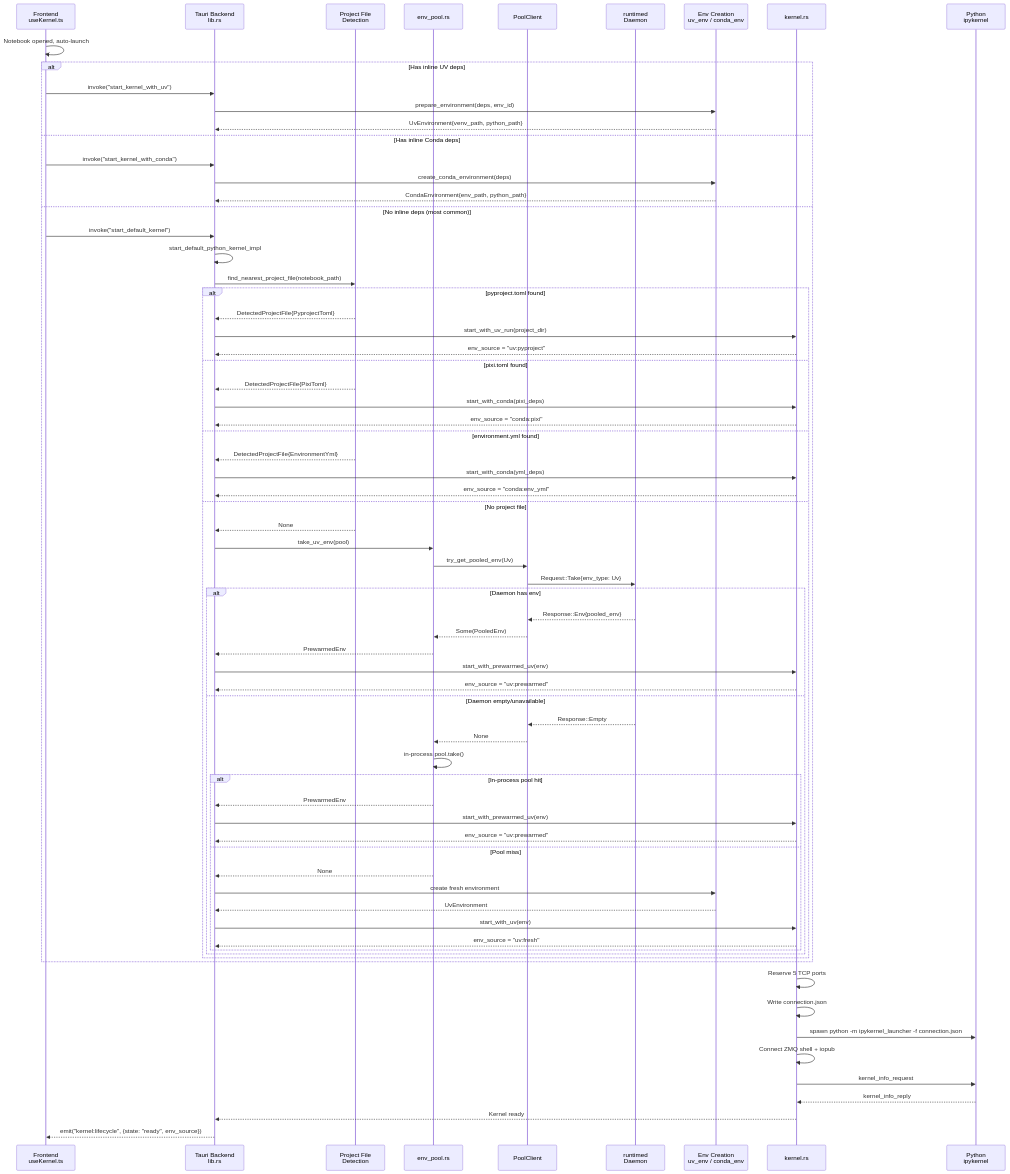
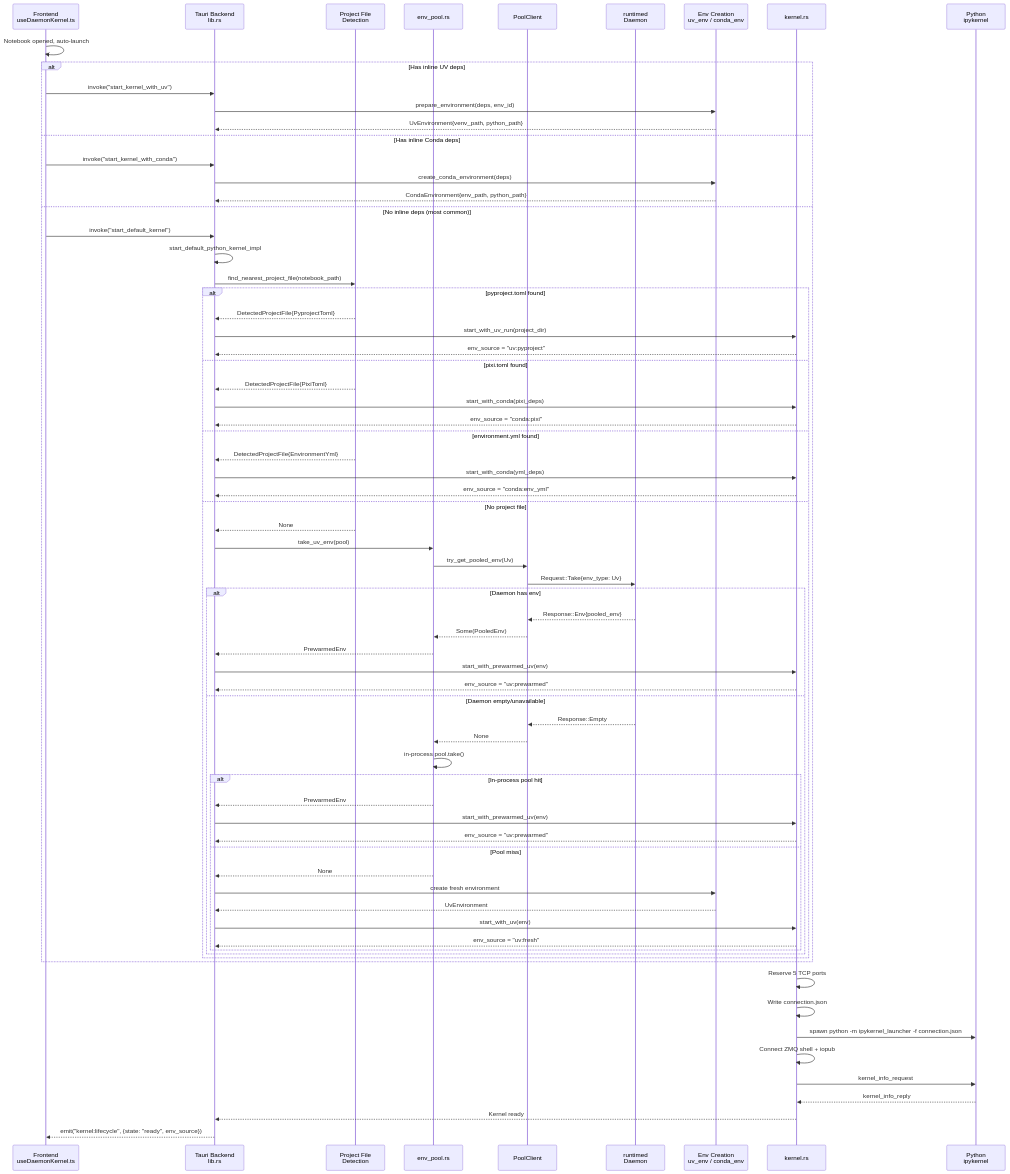
The second of 3 diagrams in contributing/environments.md (nteract/desktop), drawn with Mermaid before and after one commit. The commit also changed other lines of this file and 2 other files, not shown here.

````diff
--- a/contributing/environments.md
+++ b/contributing/environments.md
@@ -229,79 +229,79 @@
 ```mermaid
 sequenceDiagram
-    participant FE as Frontend<br/>useKernel.ts
+    participant FE as Frontend<br/>useDaemonKernel.ts
     participant TC as Tauri Backend<br/>lib.rs
     participant PF as Project File<br/>Detection
     participant EP as env_pool.rs
     participant DC as PoolClient
     participant DM as runtimed<br/>Daemon
     participant ENV as Env Creation<br/>uv_env / conda_env
     participant K as kernel.rs
     participant PY as Python<br/>ipykernel
 
     FE->>FE: Notebook opened, auto-launch
 
     alt Has inline UV deps
         FE->>TC: invoke("start_kernel_with_uv")
         TC->>ENV: prepare_environment(deps, env_id)
         ENV-->>TC: UvEnvironment{venv_path, python_path}
     else Has inline Conda deps
         FE->>TC: invoke("start_kernel_with_conda")
         TC->>ENV: create_conda_environment(deps)
         ENV-->>TC: CondaEnvironment{env_path, python_path}
     else No inline deps (most common)
         FE->>TC: invoke("start_default_kernel")
         TC->>TC: start_default_python_kernel_impl
 
         TC->>PF: find_nearest_project_file(notebook_path)
         alt pyproject.toml found
             PF-->>TC: DetectedProjectFile{PyprojectToml}
             TC->>K: start_with_uv_run(project_dir)
             K-->>TC: env_source = "uv:pyproject"
         else pixi.toml found
             PF-->>TC: DetectedProjectFile{PixiToml}
             TC->>K: start_with_conda(pixi_deps)
             K-->>TC: env_source = "conda:pixi"
         else environment.yml found
             PF-->>TC: DetectedProjectFile{EnvironmentYml}
             TC->>K: start_with_conda(yml_deps)
             K-->>TC: env_source = "conda:env_yml"
         else No project file
             PF-->>TC: None
             TC->>EP: take_uv_env(pool)
             EP->>DC: try_get_pooled_env(Uv)
             DC->>DM: Request::Take{env_type: Uv}
             alt Daemon has env
                 DM-->>DC: Response::Env{pooled_env}
                 DC-->>EP: Some(PooledEnv)
                 EP-->>TC: PrewarmedEnv
                 TC->>K: start_with_prewarmed_uv(env)
                 K-->>TC: env_source = "uv:prewarmed"
             else Daemon empty/unavailable
                 DM-->>DC: Response::Empty
                 DC-->>EP: None
                 EP->>EP: in-process pool.take()
                 alt In-process pool hit
                     EP-->>TC: PrewarmedEnv
                     TC->>K: start_with_prewarmed_uv(env)
                     K-->>TC: env_source = "uv:prewarmed"
                 else Pool miss
                     EP-->>TC: None
                     TC->>ENV: create fresh environment
                     ENV-->>TC: UvEnvironment
                     TC->>K: start_with_uv(env)
                     K-->>TC: env_source = "uv:fresh"
                 end
             end
         end
     end
 
     K->>K: Reserve 5 TCP ports
     K->>K: Write connection.json
     K->>PY: spawn python -m ipykernel_launcher -f connection.json
     K->>K: Connect ZMQ shell + iopub
     K->>PY: kernel_info_request
     PY-->>K: kernel_info_reply
     K-->>TC: Kernel ready
 
     TC-->>FE: emit("kernel:lifecycle", {state: "ready", env_source})
 ```
````
